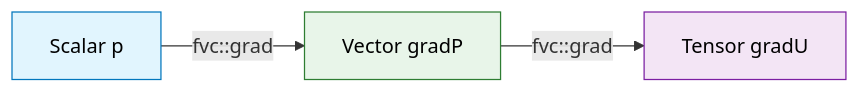
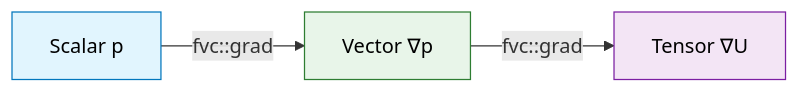
Before and after one commit to wramet/build-my-cfd: the diagram in MODULE_05_OPENFOAM_PROGRAMMING/CONTENT/10_VECTOR_CALCULUS/03_Gradient_Operations.md, drawn with Mermaid. The commit also changed other lines of this file and 124 other files, not shown here.

````diff
--- a/MODULE_05_OPENFOAM_PROGRAMMING/CONTENT/10_VECTOR_CALCULUS/03_Gradient_Operations.md
+++ b/MODULE_05_OPENFOAM_PROGRAMMING/CONTENT/10_VECTOR_CALCULUS/03_Gradient_Operations.md
@@ -45,9 +50,9 @@
 ```mermaid
 flowchart LR
     classDef s fill:#e1f5fe,stroke:#0277bd,color:#000
     classDef v fill:#e8f5e9,stroke:#2e7d32,color:#000
     classDef t fill:#f3e5f5,stroke:#7b1fa2,color:#000
     
-    Scalar[Scalar p]:::s -->|fvc::grad| Vector[Vector gradP]:::v
-    Vector -->|fvc::grad| Tensor[Tensor gradU]:::t
+    Scalar[Scalar p]:::s -->|fvc::grad| Vector[Vector ∇p]:::v
+    Vector -->|fvc::grad| Tensor[Tensor ∇U]:::t
 ```
````
